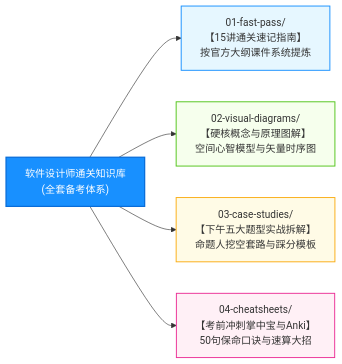
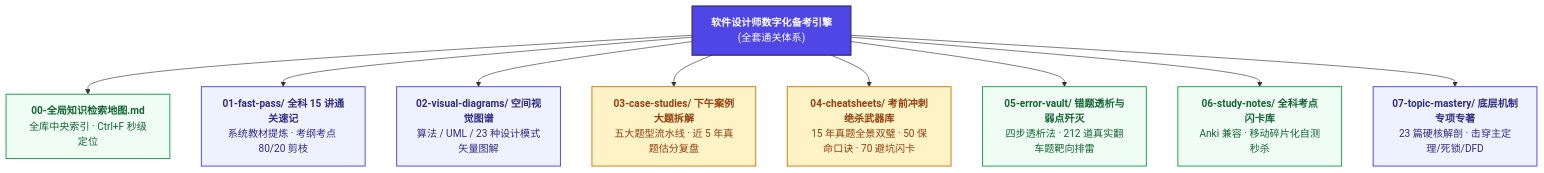
The first of 2 diagrams in README.md (cpsa3/software-designer-fast-pass), drawn with Mermaid before and after one commit. The commit also changed other lines of this file, not shown here.

````diff
--- a/README.md
+++ b/README.md
@@ -12,15 +55,19 @@
 ```mermaid
-flowchart LR
-    Root["软件设计师通关知识库<br>(全套备考体系)"]
+flowchart TD
+    classDef root fill:#4F46E5,stroke:#312E81,stroke-width:2px,color:#fff;
+    classDef core fill:#EEF2FF,stroke:#4F46E5,stroke-width:1.5px,color:#312E81;
+    classDef exam fill:#FEF3C7,stroke:#D97706,stroke-width:1.5px,color:#92400E;
+    classDef tool fill:#F0FDF4,stroke:#16A34A,stroke-width:1.5px,color:#166534;
 
-    Root --> M1["01-fast-pass/<br>【15讲通关速记指南】<br>按官方大纲课件系统提炼"]
-    Root --> M2["02-visual-diagrams/<br>【硬核概念与原理图解】<br>空间心智模型与矢量时序图"]
-    Root --> M3["03-case-studies/<br>【下午五大题型实战拆解】<br>命题人挖空套路与踩分模板"]
-    Root --> M4["04-cheatsheets/<br>【考前冲刺掌中宝与Anki】<br>50句保命口诀与速算大招"]
+    Root["<b>软件设计师数字化备考引擎</b><br>(全套通关体系)"]:::root
 
-    style Root fill:#1890ff,stroke:#096dd9,stroke-width:2px,color:#fff
-    style M1 fill:#e6f7ff,stroke:#1890ff,stroke-width:1.5px
-    style M2 fill:#f6ffed,stroke:#52c41a,stroke-width:1.5px
-    style M3 fill:#fffbe6,stroke:#faad14,stroke-width:1.5px
-    style M4 fill:#fff0f6,stroke:#eb2f96,stroke-width:1.5px
+    Root --> Map["<b>00-全局知识检索地图.md</b><br>全库中央索引 · Ctrl+F 秒级定位"]:::tool
+
+    Root --> M1["<b>01-fast-pass/ 全科 15 讲通关速记</b><br>系统教材提炼 · 考纲考点 80/20 剪枝"]:::core
+    Root --> M2["<b>02-visual-diagrams/ 空间视觉图谱</b><br>算法 / UML / 23 种设计模式矢量图解"]:::core
+    Root --> M3["<b>03-case-studies/ 下午案例大题拆解</b><br>五大题型流水线 · 近 5 年真题估分复盘"]:::exam
+    Root --> M4["<b>04-cheatsheets/ 考前冲刺绝杀武器库</b><br>15 年真题全景双璧 · 50 保命口诀 · 70 避坑闪卡"]:::exam
+    Root --> M5["<b>05-error-vault/ 错题透析与弱点歼灭</b><br>四步透析法 · 212 道真实翻车题靶向排雷"]:::tool
+    Root --> M6["<b>06-study-notes/ 全科考点闪卡库</b><br>Anki 兼容 · 移动碎片化自测秒杀"]:::tool
+    Root --> M7["<b>07-topic-mastery/ 底层机制专项专著</b><br>23 篇硬核解剖 · 击穿主定理/死锁/DFD"]:::core
 ```
````
